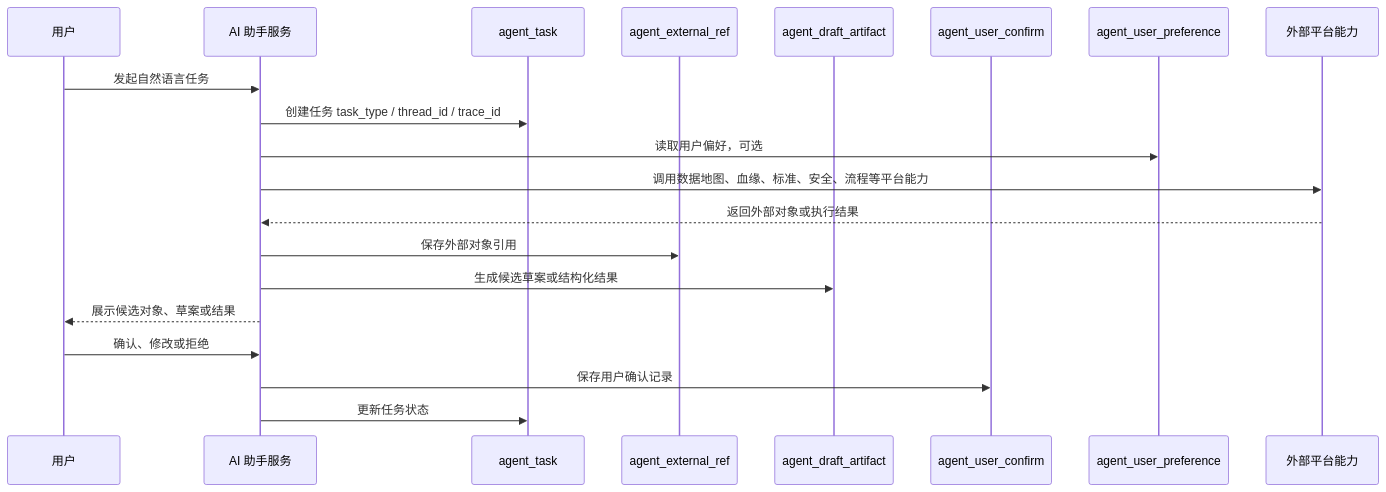
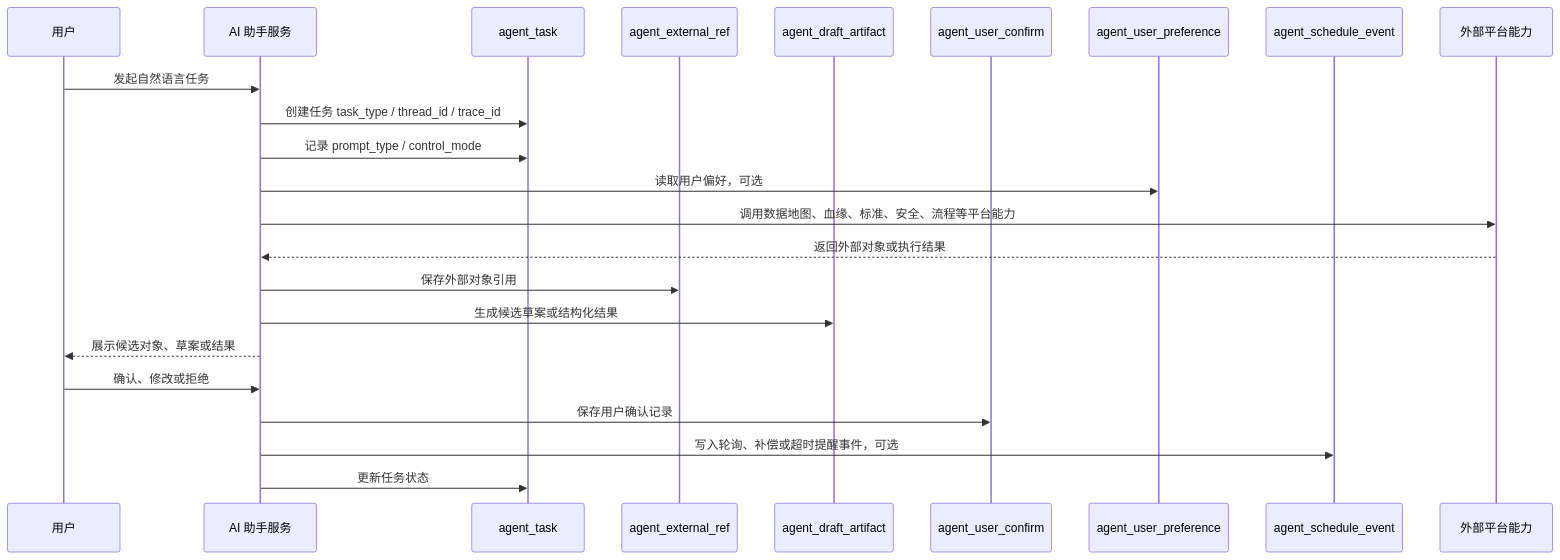
The second of 2 diagrams in 数据资产助手/06-架构设计/02-数据资产助手数据架构设计.md (ShaneLiu001/dataasset), drawn with Mermaid before and after one commit. The commit also changed other lines of this file and 11 other files, not shown here.

````diff
--- a/数据资产助手/06-架构设计/02-数据资产助手数据架构设计.md
+++ b/数据资产助手/06-架构设计/02-数据资产助手数据架构设计.md
@@ -390,23 +453,26 @@
 ```mermaid
 sequenceDiagram
   participant U as 用户
   participant A as AI 助手服务
   participant T as agent_task
   participant R as agent_external_ref
   participant D as agent_draft_artifact
   participant C as agent_user_confirm
   participant P as agent_user_preference
+  participant S as agent_schedule_event
   participant X as 外部平台能力
 
   U->>A: 发起自然语言任务
   A->>T: 创建任务 task_type / thread_id / trace_id
+  A->>T: 记录 prompt_type / control_mode
   A->>P: 读取用户偏好，可选
   A->>X: 调用数据地图、血缘、标准、安全、流程等平台能力
   X-->>A: 返回外部对象或执行结果
   A->>R: 保存外部对象引用
   A->>D: 生成候选草案或结构化结果
   A-->>U: 展示候选对象、草案或结果
   U->>A: 确认、修改或拒绝
   A->>C: 保存用户确认记录
+  A->>S: 写入轮询、补偿或超时提醒事件，可选
   A->>T: 更新任务状态
 ```
````
